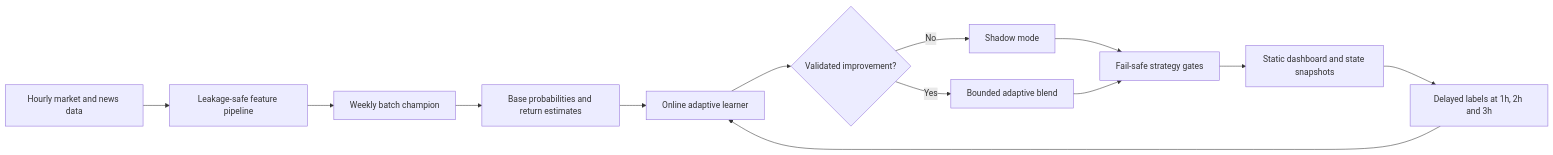
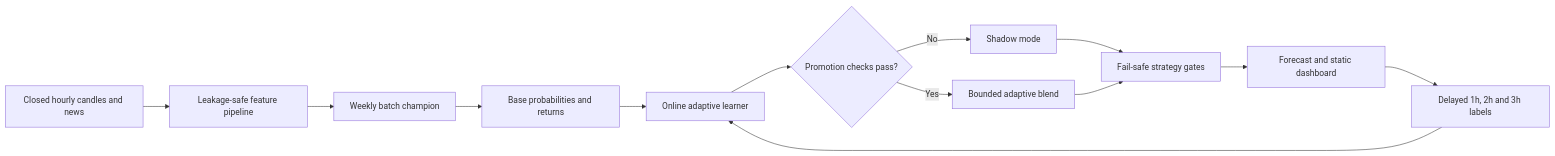
Before and after one commit to TheLouisMahdi/btc-hourly-forecast: the diagram in README.md, drawn with Mermaid. The commit also changed other lines of this file, not shown here.

````diff
--- a/README.md
+++ b/README.md
@@ -37,15 +52,15 @@
 ```mermaid
 flowchart LR
-    A[Hourly market and news data] --> B[Leakage-safe feature pipeline]
+    A[Closed hourly candles and news] --> B[Leakage-safe feature pipeline]
     B --> C[Weekly batch champion]
-    C --> D[Base probabilities and return estimates]
+    C --> D[Base probabilities and returns]
     D --> E[Online adaptive learner]
-    E --> F{Validated improvement?}
+    E --> F{Promotion checks pass?}
     F -- No --> G[Shadow mode]
     F -- Yes --> H[Bounded adaptive blend]
     G --> I[Fail-safe strategy gates]
     H --> I
-    I --> J[Static dashboard and state snapshots]
-    J --> K[Delayed labels at 1h, 2h and 3h]
+    I --> J[Forecast and static dashboard]
+    J --> K[Delayed 1h, 2h and 3h labels]
     K --> E
 ```
````
